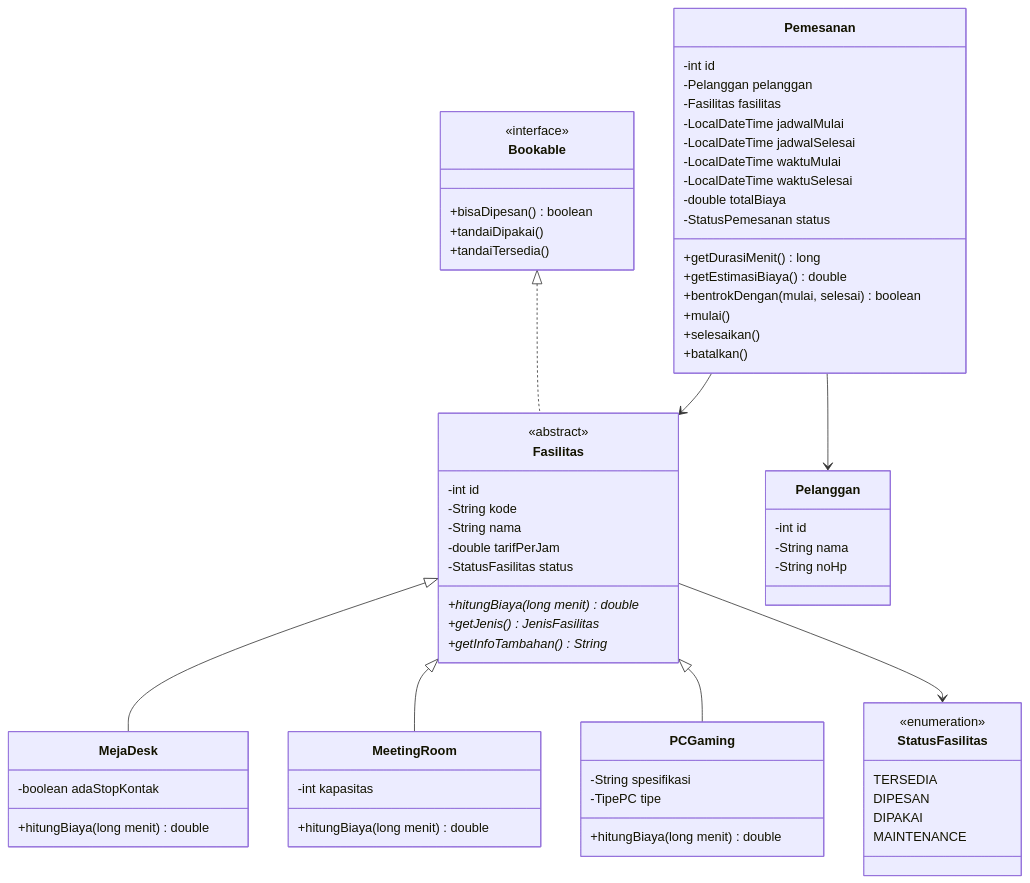
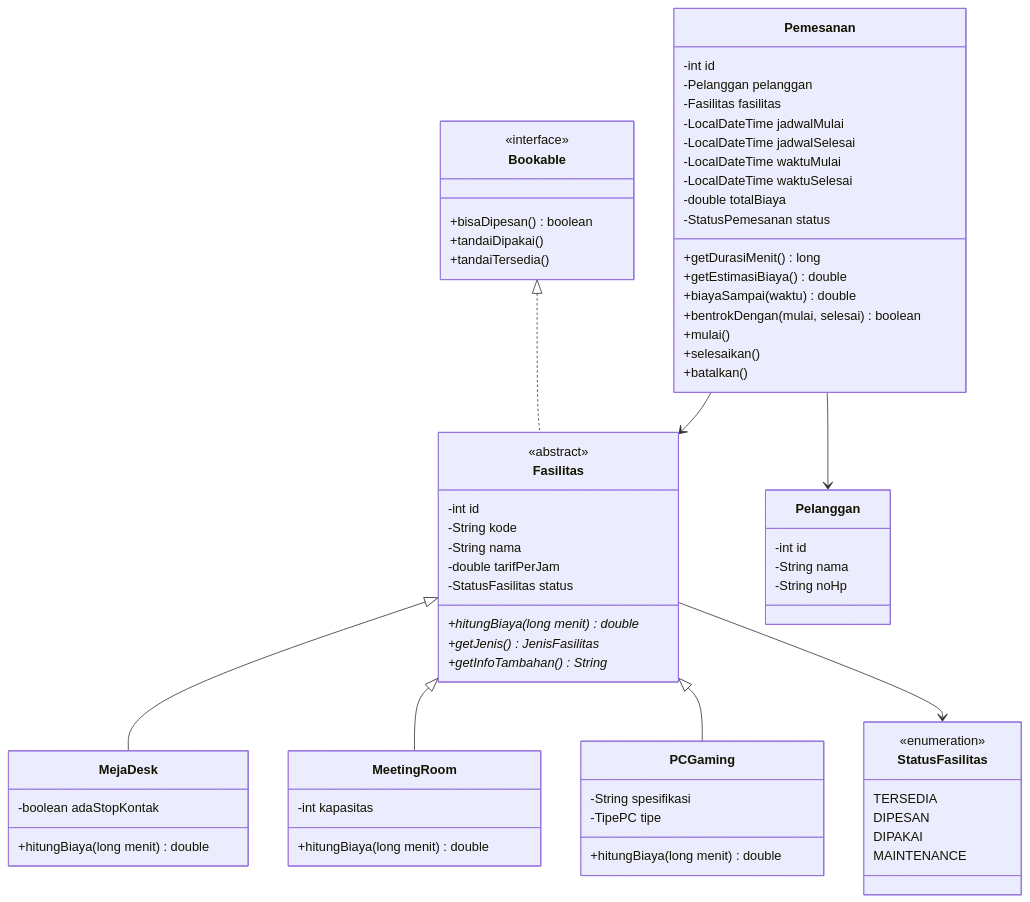
Before and after one commit to naufalfathi1313/project-pbo-group8: the first of 2 diagrams in docs/DESAIN.md, drawn with Mermaid. The commit also changed other lines of this file and 14 other files, not shown here.

````diff
--- a/docs/DESAIN.md
+++ b/docs/DESAIN.md
@@ -45,69 +47,70 @@
 ```mermaid
 classDiagram
     class Bookable {
         <<interface>>
         +bisaDipesan() boolean
         +tandaiDipakai()
         +tandaiTersedia()
     }
     class Fasilitas {
         <<abstract>>
         -int id
         -String kode
         -String nama
         -double tarifPerJam
         -StatusFasilitas status
         +hitungBiaya(long menit)* double
         +getJenis()* JenisFasilitas
         +getInfoTambahan()* String
     }
     class MejaDesk {
         -boolean adaStopKontak
         +hitungBiaya(long menit) double
     }
     class MeetingRoom {
         -int kapasitas
         +hitungBiaya(long menit) double
     }
     class PCGaming {
         -String spesifikasi
         -TipePC tipe
         +hitungBiaya(long menit) double
     }
     class Pelanggan {
         -int id
         -String nama
         -String noHp
     }
     class Pemesanan {
         -int id
         -Pelanggan pelanggan
         -Fasilitas fasilitas
         -LocalDateTime jadwalMulai
         -LocalDateTime jadwalSelesai
         -LocalDateTime waktuMulai
         -LocalDateTime waktuSelesai
         -double totalBiaya
         -StatusPemesanan status
         +getDurasiMenit() long
         +getEstimasiBiaya() double
+        +biayaSampai(waktu) double
         +bentrokDengan(mulai, selesai) boolean
         +mulai()
         +selesaikan()
         +batalkan()
     }
     class StatusFasilitas {
         <<enumeration>>
         TERSEDIA
         DIPESAN
         DIPAKAI
         MAINTENANCE
     }
     Bookable <|.. Fasilitas
     Fasilitas <|-- MejaDesk
     Fasilitas <|-- MeetingRoom
     Fasilitas <|-- PCGaming
     Pemesanan --> Pelanggan
     Pemesanan --> Fasilitas
     Fasilitas --> StatusFasilitas
 ```
````
